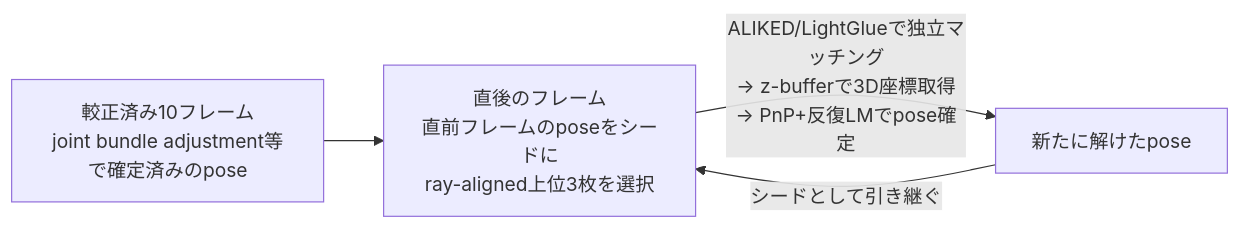
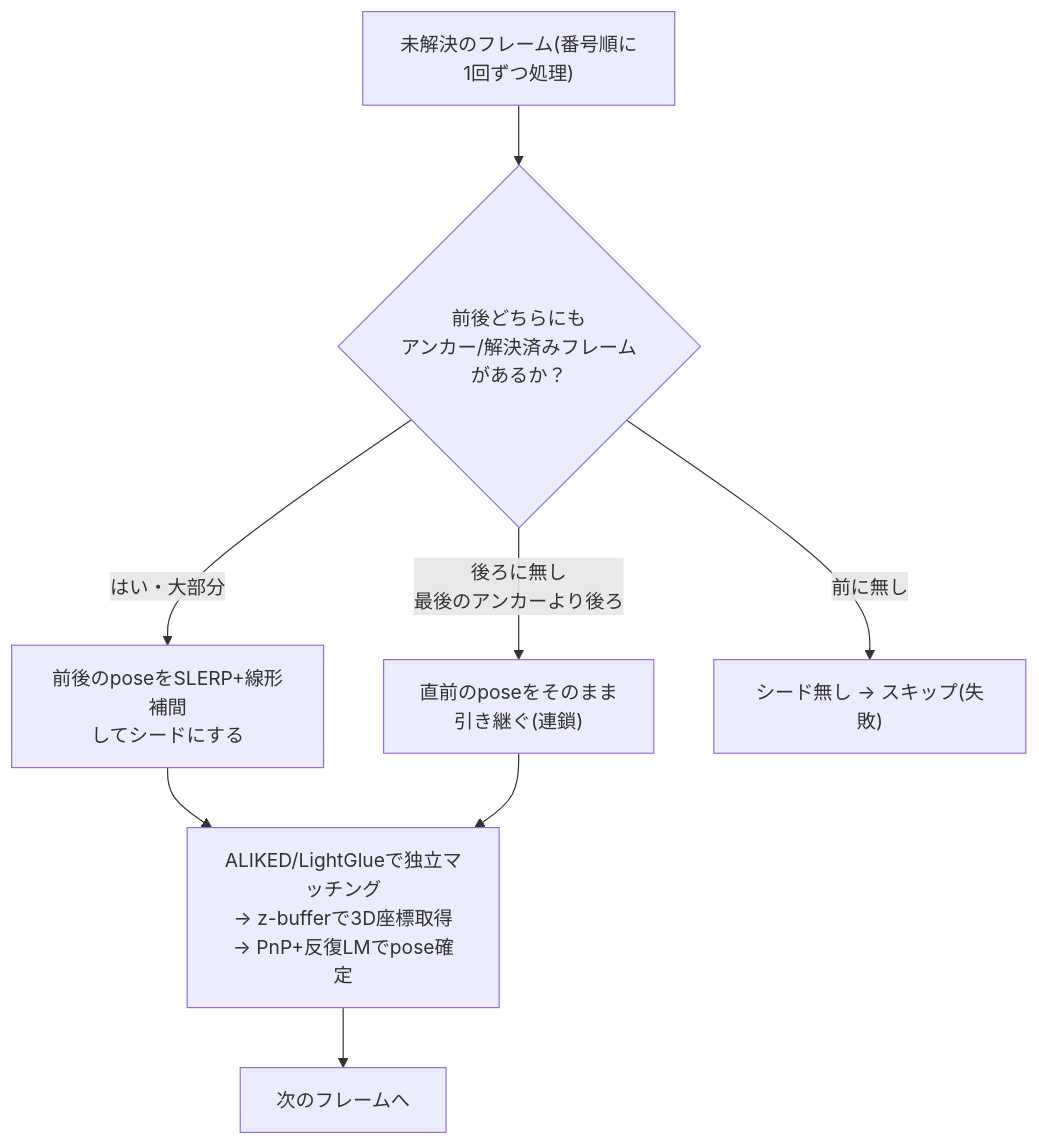
Before and after one commit to iwanelab/LensCalibration: the fourth of 4 diagrams in README.md, drawn with Mermaid. The commit also changed other lines of this file, not shown here.

First line of the commit message:
Explain PnP and correct run_localization.py's seeding diagram

````diff
--- a/README.md
+++ b/README.md
@@ -432,6 +436,10 @@
 ```mermaid
-graph LR
-    A["較正済み10フレーム<br/>joint bundle adjustment等で確定済みのpose"] --> B["直後のフレーム<br/>直前フレームのposeをシードに<br/>ray-aligned上位3枚を選択"]
-    B -->|"ALIKED/LightGlueで独立マッチング<br/>→ z-bufferで3D座標取得<br/>→ PnP+反復LMでpose確定"| C["新たに解けたpose"]
-    C -->|シードとして引き継ぐ| B
+graph TD
+    F["未解決のフレーム(番号順に1回ずつ処理)"] --> Q{"前後どちらにも<br/>アンカー/解決済みフレームがあるか？"}
+    Q -->|はい・大部分| I["前後のposeをSLERP+線形補間<br/>してシードにする"]
+    Q -->|後ろに無し<br/>最後のアンカーより後ろ| C["直前のposeをそのまま<br/>引き継ぐ(連鎖)"]
+    Q -->|前に無し| X["シード無し → スキップ(失敗)"]
+    I --> M["ALIKED/LightGlueで独立マッチング<br/>→ z-bufferで3D座標取得<br/>→ PnP+反復LMでpose確定"]
+    C --> M
+    M --> N["次のフレームへ"]
 ```
````
